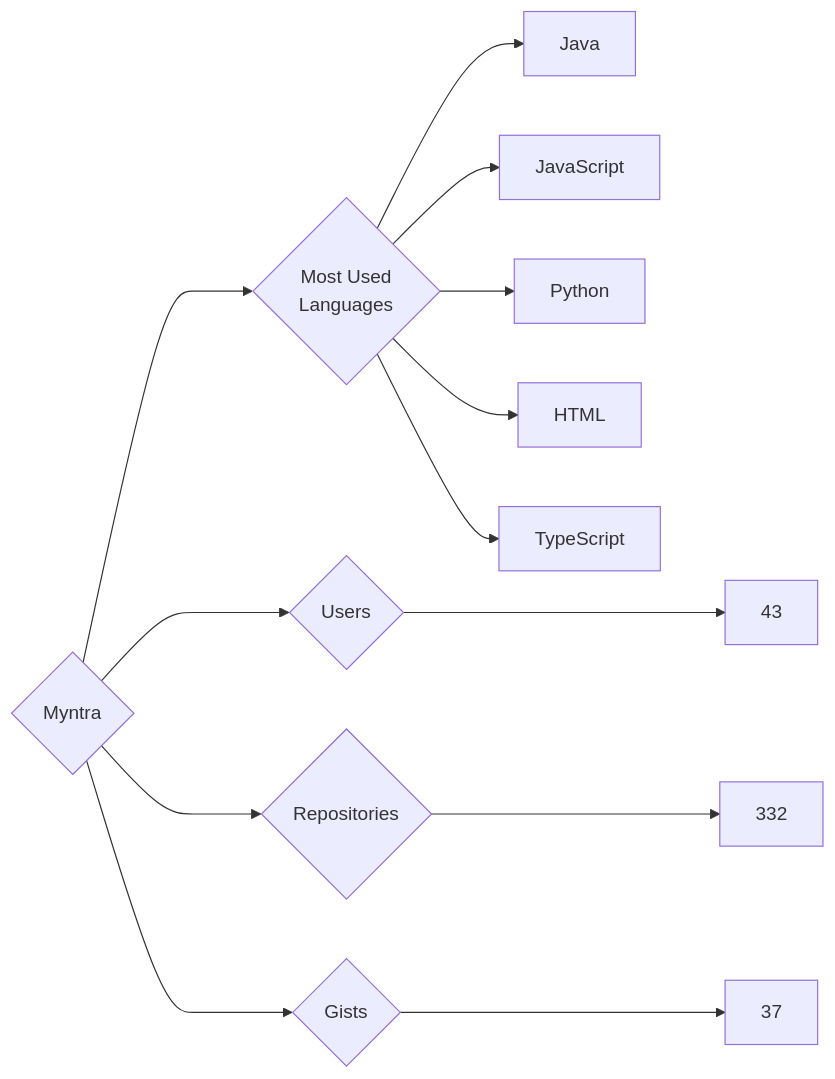
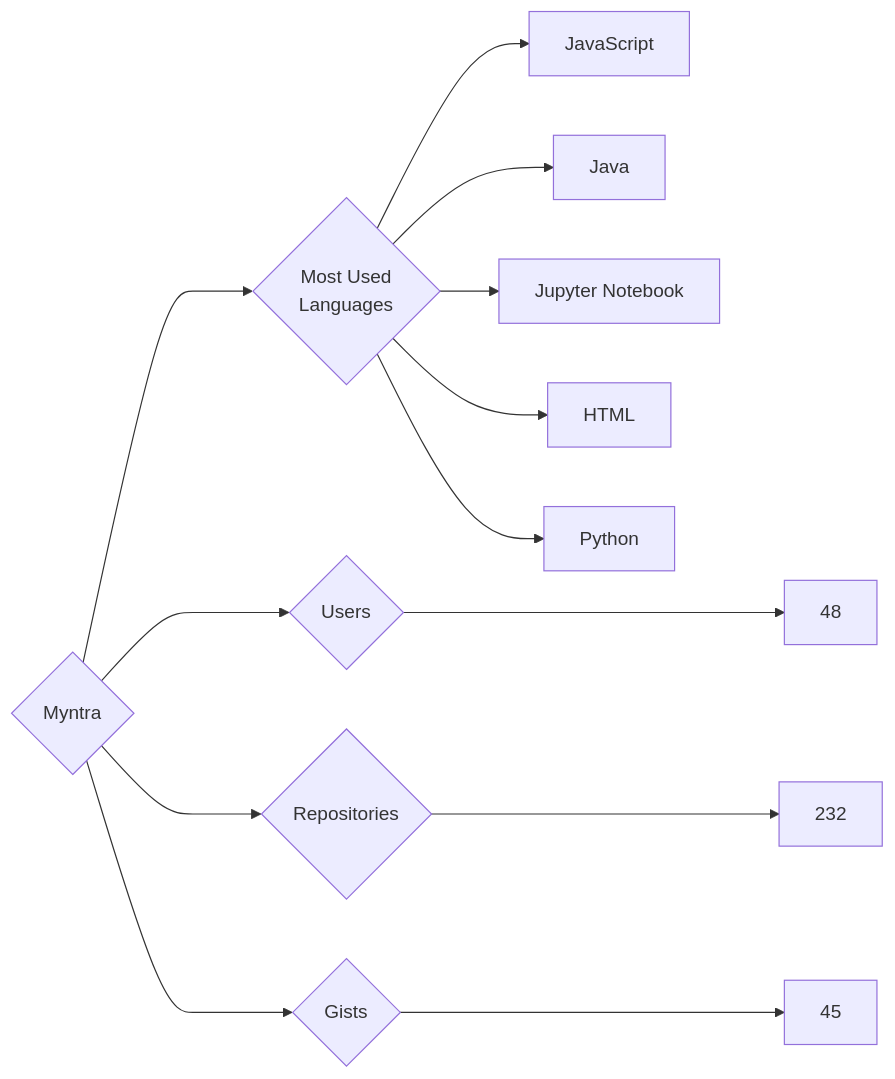
One commit to trickest/insiders changed the diagram in targets/Myntra/README.md. Above: the diagram before and after it, drawn with Mermaid. The commit also changed 953 other files, not shown here.

````diff
--- a/targets/Myntra/README.md
+++ b/targets/Myntra/README.md
@@ -3,13 +3,13 @@
 ```mermaid
 graph LR
 COMPANY_NAME{Myntra}
-COMPANY_NAME ---> U{Users} ---> UN[43]
-COMPANY_NAME ---> R{Repositories} ---> RN[332]
-COMPANY_NAME ---> G{Gists} ---> GN[37]
+COMPANY_NAME ---> U{Users} ---> UN[48]
+COMPANY_NAME ---> R{Repositories} ---> RN[232]
+COMPANY_NAME ---> G{Gists} ---> GN[45]
 COMPANY_NAME ---> ML{Most Used<br>Languages}
+ML --> JavaScript[JavaScript]
 ML --> Java[Java]
-ML --> JavaScript[JavaScript]
+ML --> Jupyter_Notebook[Jupyter Notebook]
+ML --> HTML[HTML]
 ML --> Python[Python]
-ML --> HTML[HTML]
-ML --> TypeScript[TypeScript]
 ```
````
